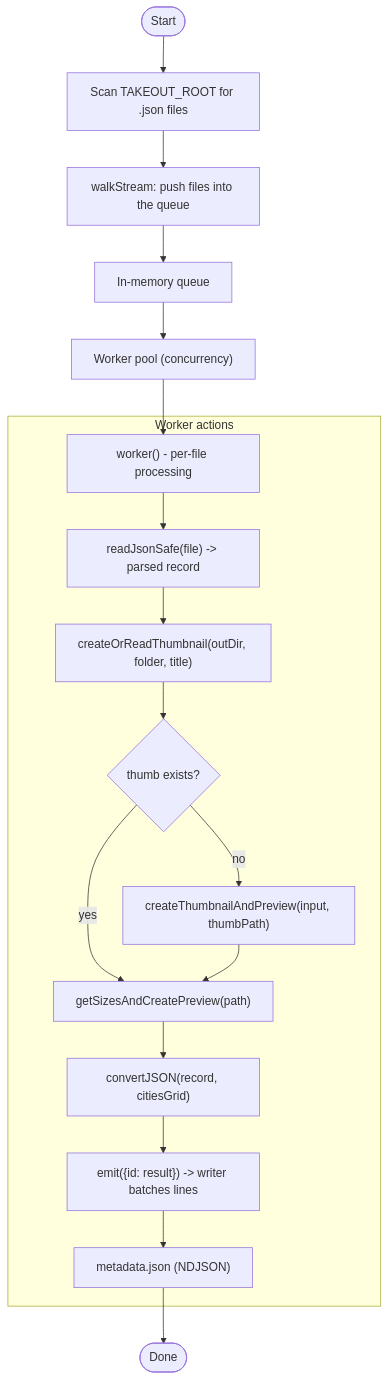
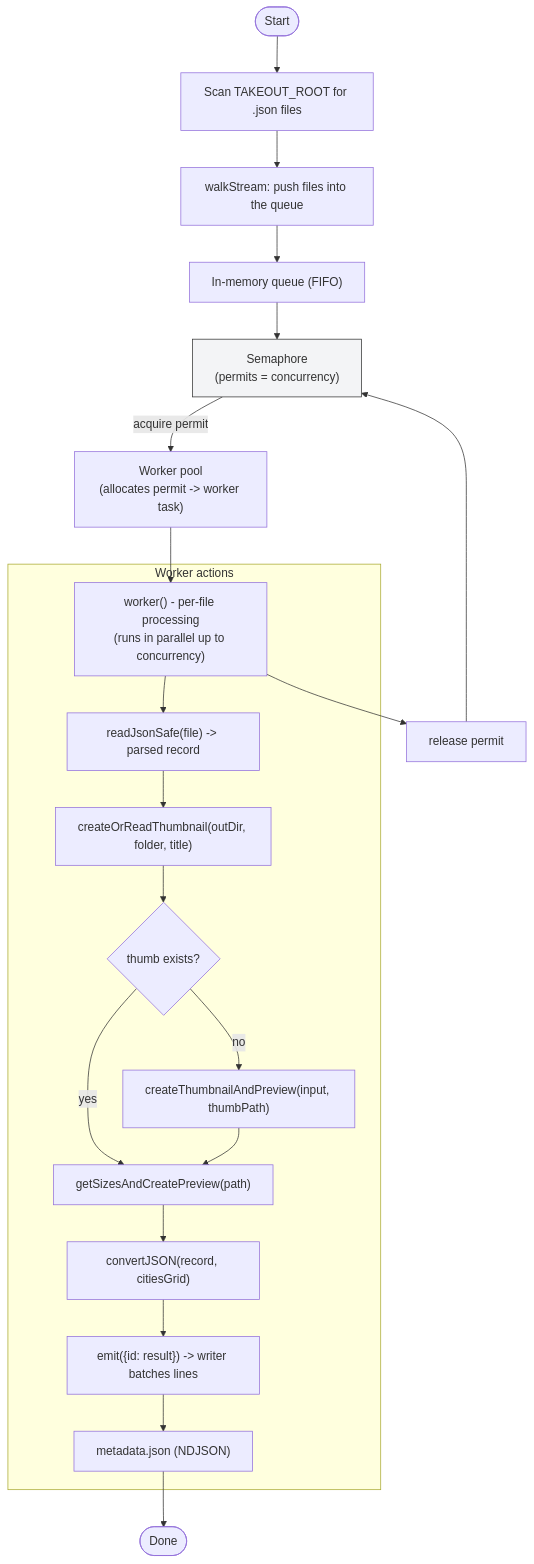
Before and after one commit to travel-albums-ai/albums-google-photos-indexer: the diagram in README.md, drawn with Mermaid.

Commit message:
fix: update flowchart in README to clarify semaphore usage and worker concurrency

````diff
--- a/README.md
+++ b/README.md
@@ -7,22 +7,34 @@
 ```mermaid
 flowchart TD
   Start([Start]) --> Scan["Scan TAKEOUT_ROOT for .json files"]
   Scan --> Walk["walkStream: push files into the queue"]
-  Walk --> Queue["In-memory queue"]
-  Queue --> WorkerPool["Worker pool (concurrency)"]
-  WorkerPool --> Worker["worker() - per-file processing"]
+  Walk --> Queue["In-memory queue (FIFO)"]
+
+  %% Semaphore controls parallel worker tasks
+  Queue --> Semaphore["Semaphore\n(permits = concurrency)"]
+  Semaphore -->|acquire permit| WorkerPool["Worker pool\n(allocates permit -> worker task)"]
+  WorkerPool --> Worker["worker() - per-file processing\n(runs in parallel up to concurrency)"]
 
   subgraph WorkerActions [Worker actions]
     Worker --> ReadJson["readJsonSafe(file) -> parsed record"]
     ReadJson --> CreateThumb["createOrReadThumbnail(outDir, folder, title)"]
     CreateThumb --> ThumbCacheCheck{"thumb exists?"}
     ThumbCacheCheck -->|yes| GetSizes["getSizesAndCreatePreview(path)"]
     ThumbCacheCheck -->|no| MakeThumb["createThumbnailAndPreview(input, thumbPath)"]
     GetSizes --> Convert["convertJSON(record, citiesGrid)"]
     MakeThumb --> GetSizes
     Convert --> Emit["emit({id: result}) -> writer batches lines"]
     Emit --> Metadata["metadata.json (NDJSON)"]
   end
 
+  %% release permit back to semaphore when worker finishes
+  Worker --> Release["release permit"]
+  Release --> Semaphore
+
+  %% show completion
   Metadata --> End([Done])
+
+  %% styling hint for semaphore node
+  classDef sem fill:#f3f4f6,stroke:#333,stroke-width:1px;
+  class Semaphore sem;
 ```
````
